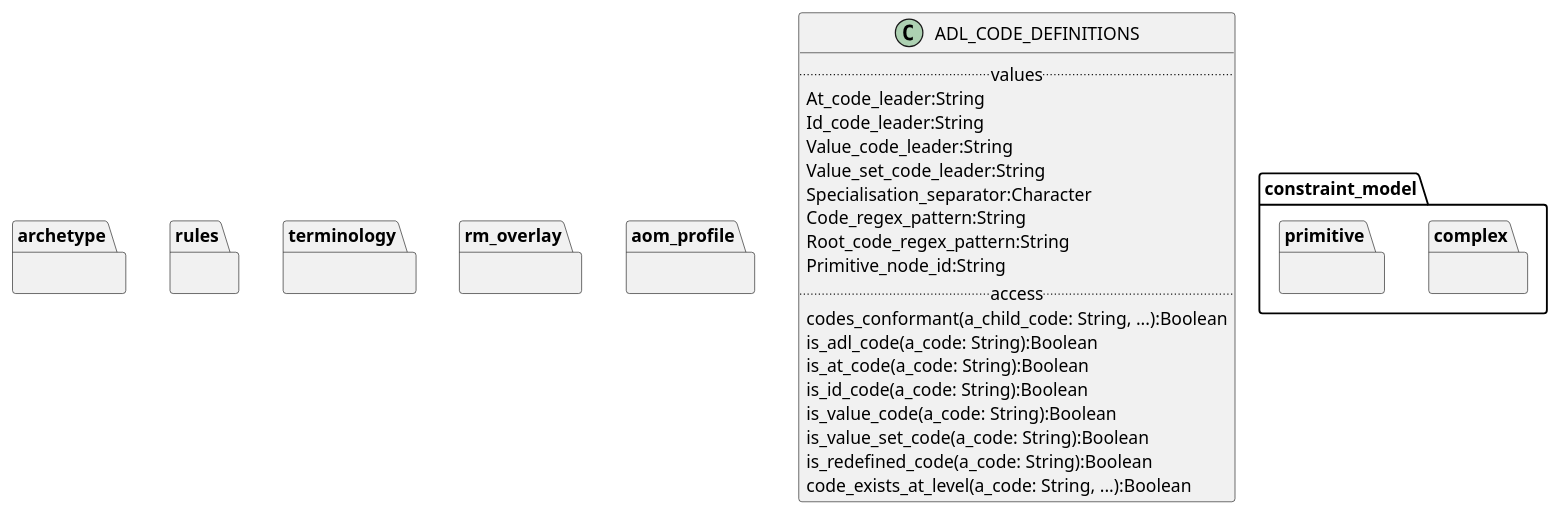
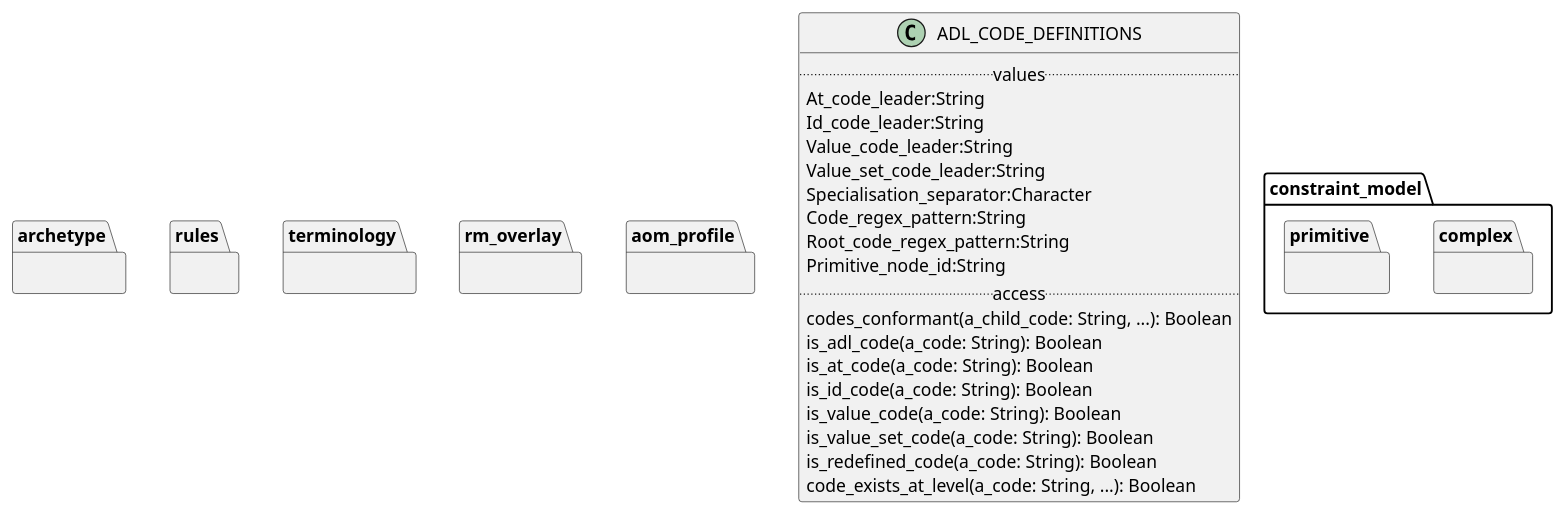
The diagram in modules/ROOT/examples/bmm/languages/aom2/aom2-package-uml.adoc (wolandscat/openehr-doc), drawn with PlantUML before and after one commit. The commit also changed 293 other files, not shown here.

Commit message:
Regen with tweaks to UML output and correct metatypes for nested generics.

```diff
--- a/modules/ROOT/examples/bmm/languages/aom2/aom2-package-uml.adoc
+++ b/modules/ROOT/examples/bmm/languages/aom2/aom2-package-uml.adoc
@@ -3,50 +3,50 @@
 [plantuml,opts=interactive,link=self]
 ....
 skinparam groupInheritance 2
 skinparam citedClassColor #FDFDFD
 
 
 class ADL_CODE_DEFINITIONS [[/openehr-doc/latest/languages/aom2-gen.html#_class_adl_code_definitions]] {
         .. values ..
         At_code_leader:String
         Id_code_leader:String
         Value_code_leader:String
         Value_set_code_leader:String
         Specialisation_separator:Character
         Code_regex_pattern:String
         Root_code_regex_pattern:String
         Primitive_node_id:String
         .. access ..
-        codes_conformant(a_child_code: String, ...):Boolean
-        is_adl_code(a_code: String):Boolean
-        is_at_code(a_code: String):Boolean
-        is_id_code(a_code: String):Boolean
-        is_value_code(a_code: String):Boolean
-        is_value_set_code(a_code: String):Boolean
-        is_redefined_code(a_code: String):Boolean
-        code_exists_at_level(a_code: String, ...):Boolean
+        codes_conformant(a_child_code: String, ...): Boolean
+        is_adl_code(a_code: String): Boolean
+        is_at_code(a_code: String): Boolean
+        is_id_code(a_code: String): Boolean
+        is_value_code(a_code: String): Boolean
+        is_value_set_code(a_code: String): Boolean
+        is_redefined_code(a_code: String): Boolean
+        code_exists_at_level(a_code: String, ...): Boolean
 }
 
 
 package archetype {
 }
 
 package constraint_model.complex {
 }
 
 package constraint_model.primitive {
 }
 
 package rules {
 }
 
 package terminology {
 }
 
 package rm_overlay {
 }
 
 package aom_profile {
 }
 
 ....
```
